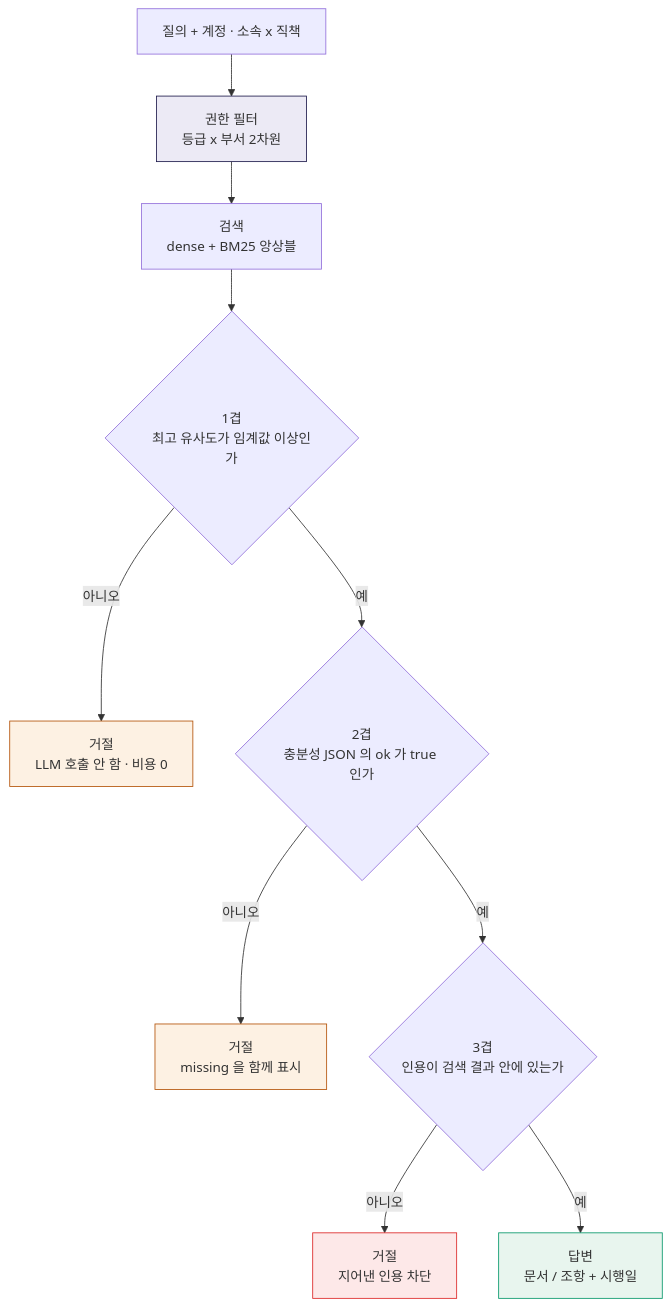
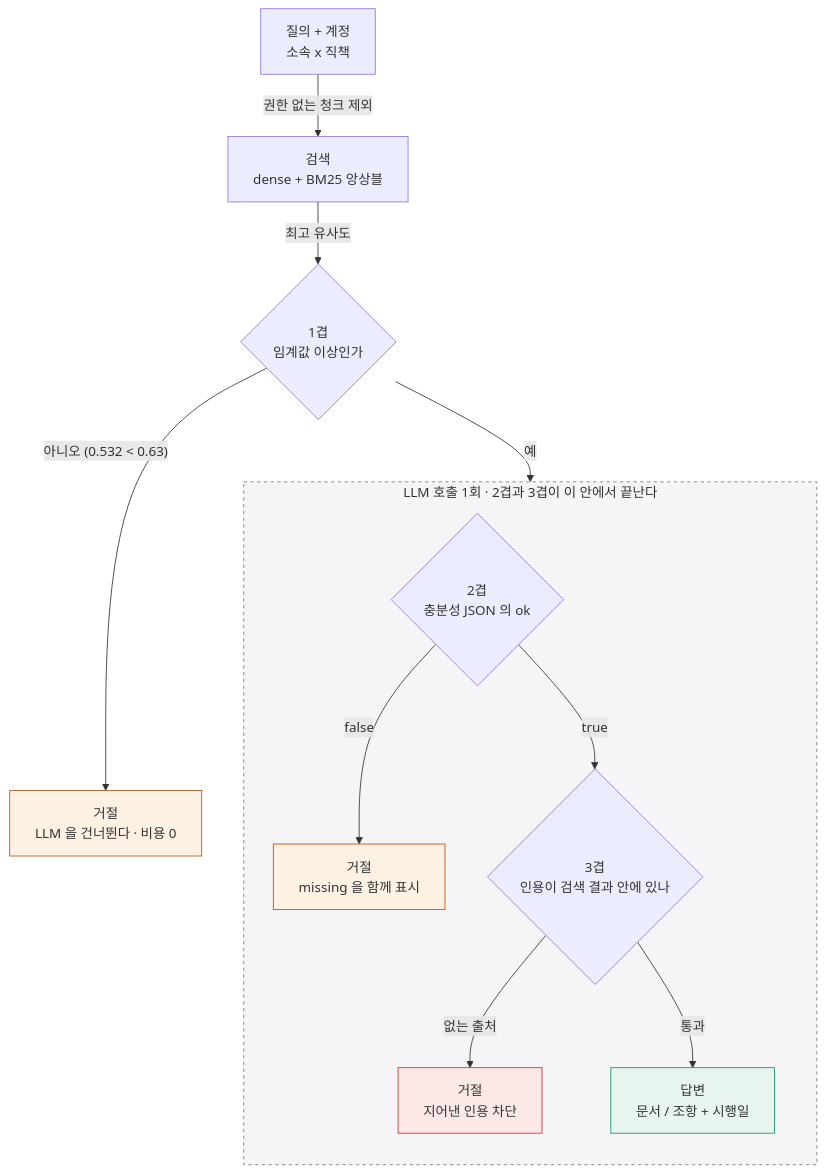
Before and after one commit to ChocolateChip-Cookie/FC_Hackathon: the diagram in README.md, drawn with Mermaid. The commit also changed other lines of this file, not shown here.

````diff
--- a/README.md
+++ b/README.md
@@ -61,18 +61,22 @@
 ```mermaid
 flowchart TD
-    Q["질의 + 계정 · 소속 x 직책"] --> P["권한 필터<br/>등급 x 부서 2차원"]
-    P --> R["검색<br/>dense + BM25 앙상블"]
-    R --> L1{"1겹<br/>최고 유사도가 임계값 이상인가"}
-    L1 -- 아니오 --> X1["거절<br/>LLM 호출 안 함 · 비용 0"]
-    L1 -- 예 --> L2{"2겹<br/>충분성 JSON 의 ok 가 true 인가"}
-    L2 -- 아니오 --> X2["거절<br/>missing 을 함께 표시"]
-    L2 -- 예 --> L3{"3겹<br/>인용이 검색 결과 안에 있는가"}
-    L3 -- 아니오 --> X3["거절<br/>지어낸 인용 차단"]
-    L3 -- 예 --> A["답변<br/>문서 / 조항 + 시행일"]
+    Q["질의 + 계정<br/>소속 x 직책"] -->|"권한 없는 청크 제외"| R["검색<br/>dense + BM25 앙상블"]
+    R -->|"최고 유사도"| L1{"1겹<br/>임계값 이상인가"}
+    L1 -- "아니오 (0.532 &lt; 0.63)" --> X1["거절<br/>LLM 을 건너뛴다 · 비용 0"]
+
+    subgraph CALL["LLM 호출 1회 · 2겹과 3겹이 이 안에서 끝난다"]
+        direction TB
+        L2{"2겹<br/>충분성 JSON 의 ok"} -- "false" --> X2["거절<br/>missing 을 함께 표시"]
+        L2 -- "true" --> L3{"3겹<br/>인용이 검색 결과 안에 있나"}
+        L3 -- "없는 출처" --> X3["거절<br/>지어낸 인용 차단"]
+        L3 -- "통과" --> A["답변<br/>문서 / 조항 + 시행일"]
+    end
+
+    L1 -- "예" --> L2
 
     style X1 fill:#fdf1e3,stroke:#B45309
     style X2 fill:#fdf1e3,stroke:#B45309
     style X3 fill:#fde8e8,stroke:#DC2626
     style A fill:#e8f5ee,stroke:#059669
-    style P fill:#eceaf5,stroke:#1E1B4B
+    style CALL fill:#f5f5f7,stroke:#7a7a7a,stroke-dasharray: 4 4
 ```
````
